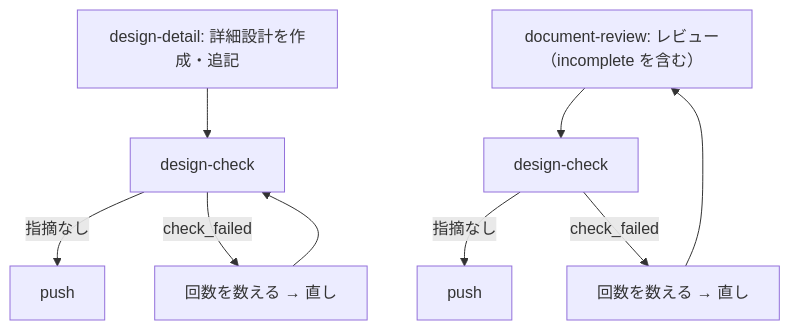
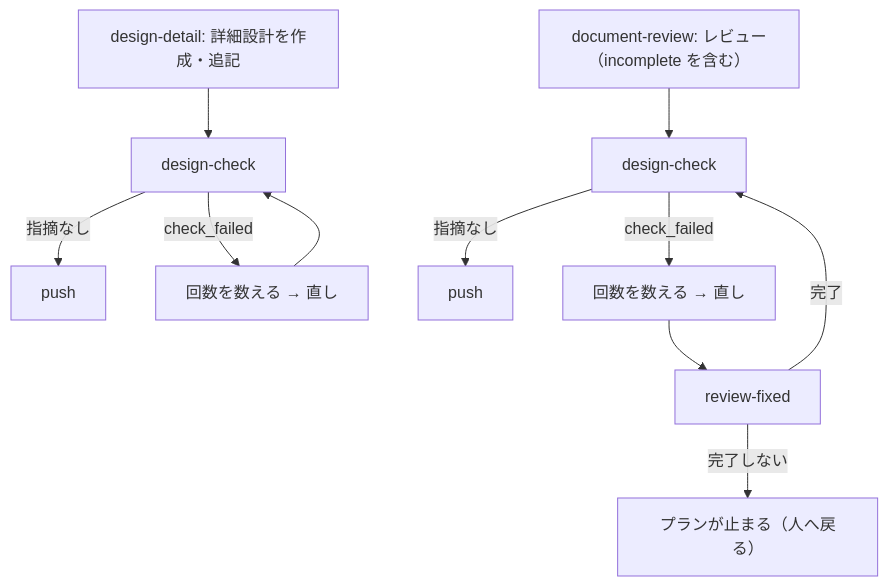
Before and after one commit to devbasex/ai-plugins: the fourth of 4 diagrams in issues/issue-2912-design.md, drawn with Mermaid. The commit also changed other lines of this file and 1 other file, not shown here.

````diff
--- a/issues/issue-2912-design.md
+++ b/issues/issue-2912-design.md
@@ -253,7 +261,9 @@
 ```mermaid
 graph TD
     w["design-detail: 詳細設計を作成・追記"] --> k1["design-check"] -->|"指摘なし"| u1["push"]
     k1 -->|"check_failed"| x1["回数を数える → 直し"] --> k1
     v["document-review: レビュー（incomplete を含む）"] --> k2["design-check"] -->|"指摘なし"| u2["push"]
-    k2 -->|"check_failed"| x2["回数を数える → 直し"] --> v
+    k2 -->|"check_failed"| x2["回数を数える → 直し"] --> v2["review-fixed"]
+    v2 -->|"完了"| k2
+    v2 -->|"完了しない"| t2["プランが止まる（人へ戻る）"]
 ```
````
